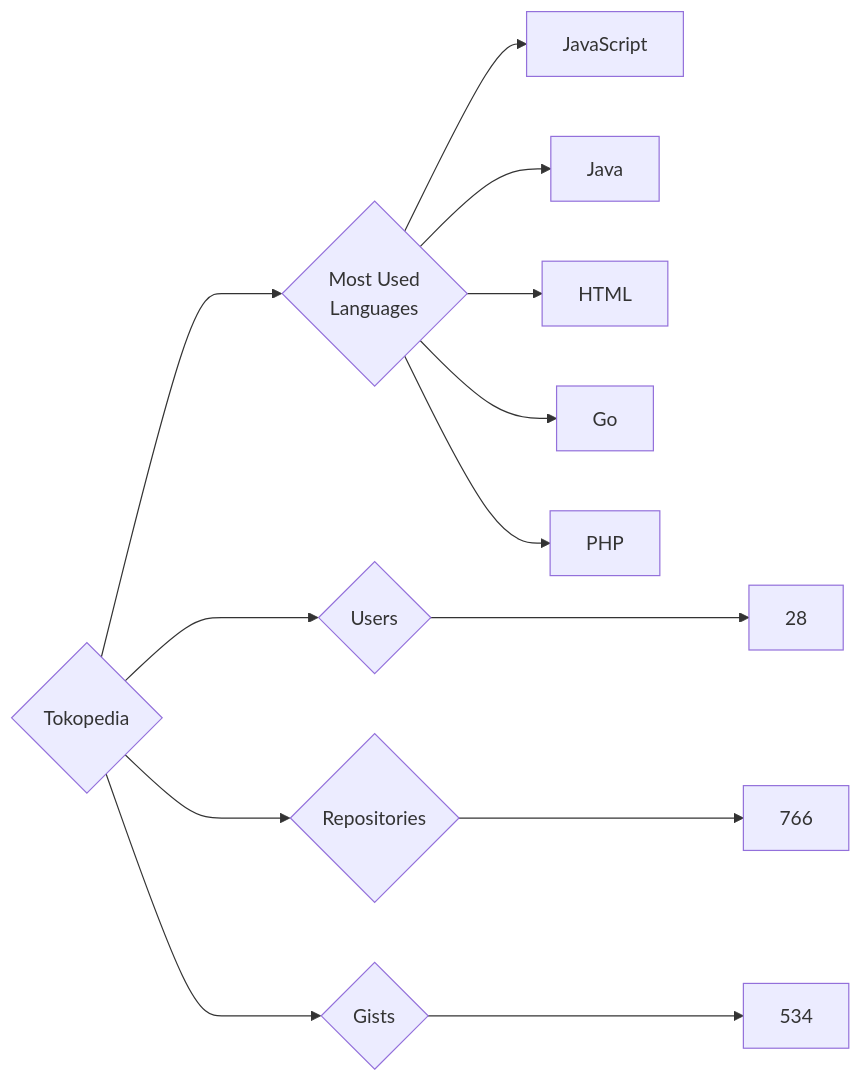
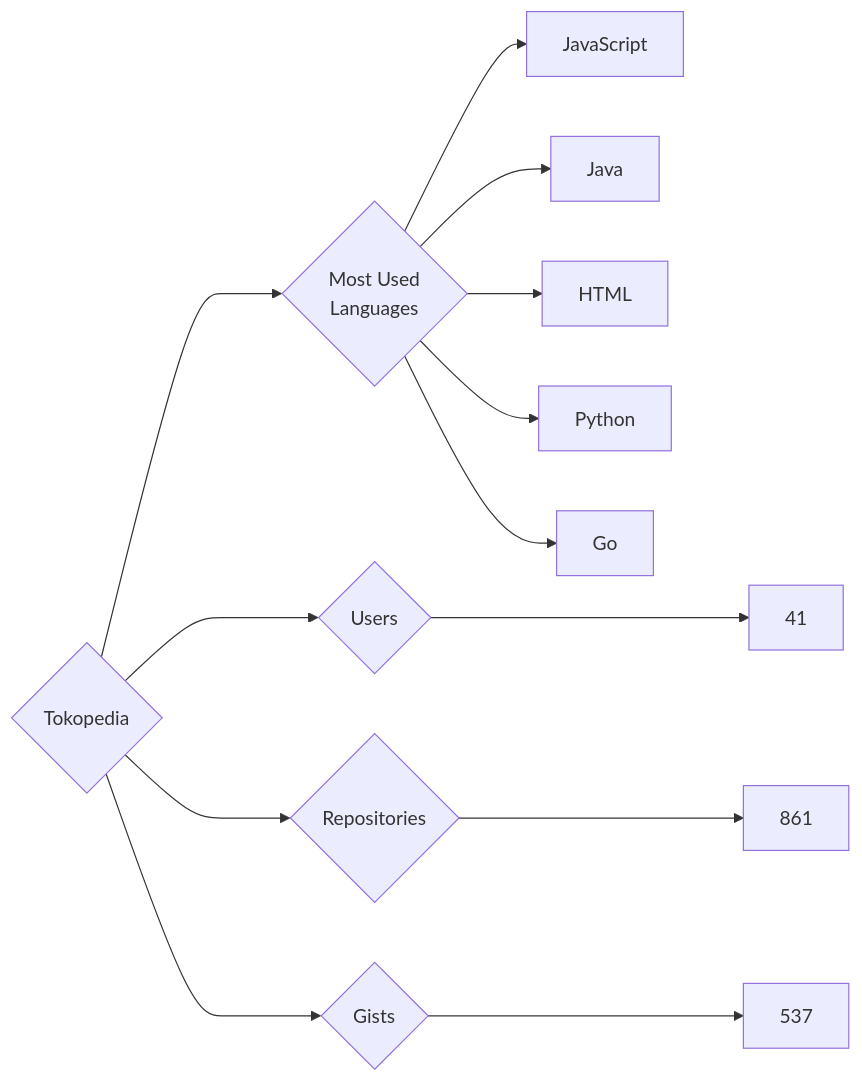
The diagram in targets/Tokopedia/README.md (trickest/insiders), drawn with Mermaid before and after one commit. The commit also changed 948 other files, not shown here.

````diff
--- a/targets/Tokopedia/README.md
+++ b/targets/Tokopedia/README.md
@@ -3,13 +3,13 @@
 ```mermaid
 graph LR
 COMPANY_NAME{Tokopedia}
-COMPANY_NAME ---> U{Users} ---> UN[28]
-COMPANY_NAME ---> R{Repositories} ---> RN[766]
-COMPANY_NAME ---> G{Gists} ---> GN[534]
+COMPANY_NAME ---> U{Users} ---> UN[41]
+COMPANY_NAME ---> R{Repositories} ---> RN[861]
+COMPANY_NAME ---> G{Gists} ---> GN[537]
 COMPANY_NAME ---> ML{Most Used<br>Languages}
 ML --> JavaScript[JavaScript]
 ML --> Java[Java]
 ML --> HTML[HTML]
+ML --> Python[Python]
 ML --> Go[Go]
-ML --> PHP[PHP]
 ```
````
